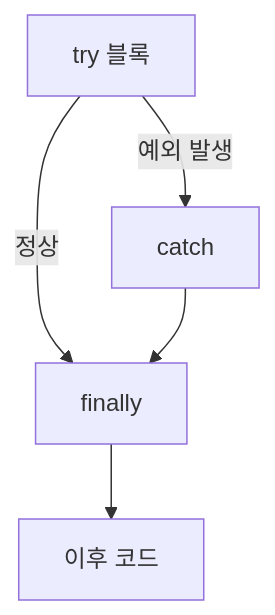
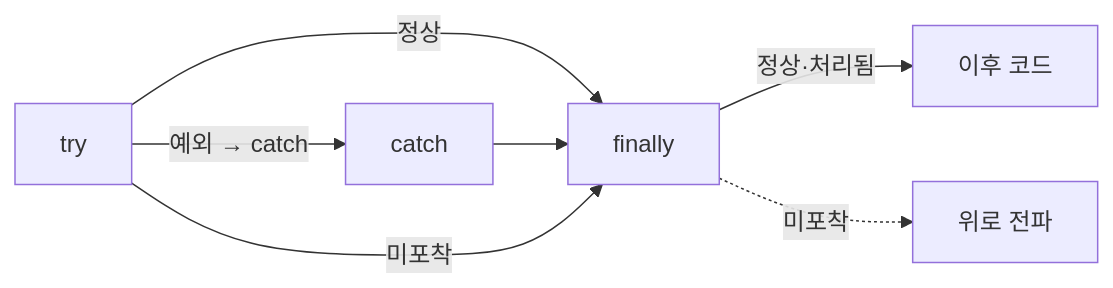
One commit to Byeongchan99/CS-Card changed the third of 4 diagrams in summary-notes/C샵.md. Above: the diagram before and after it, drawn with Mermaid. The commit also changed other lines of this file, not shown here.

Commit message:
C# 요약 노트: 예외 처리 → 스택 되감기·finally 원리 개념 보강

````diff
--- a/summary-notes/C샵.md
+++ b/summary-notes/C샵.md
@@ -1402,7 +1404,8 @@
 ```mermaid
-flowchart TD
-    T["try 블록"] -->|정상| F["finally"]
-    T -->|예외 발생| C["catch"]
-    C --> F
-    F --> E["이후 코드"]
+flowchart LR
+    T["try"] -->|정상| F["finally"]
+    T -->|예외 → catch| C["catch"] --> F
+    T -->|미포착| F
+    F -->|정상·처리됨| E["이후 코드"]
+    F -.->|미포착| P["위로 전파"]
 ```
````
